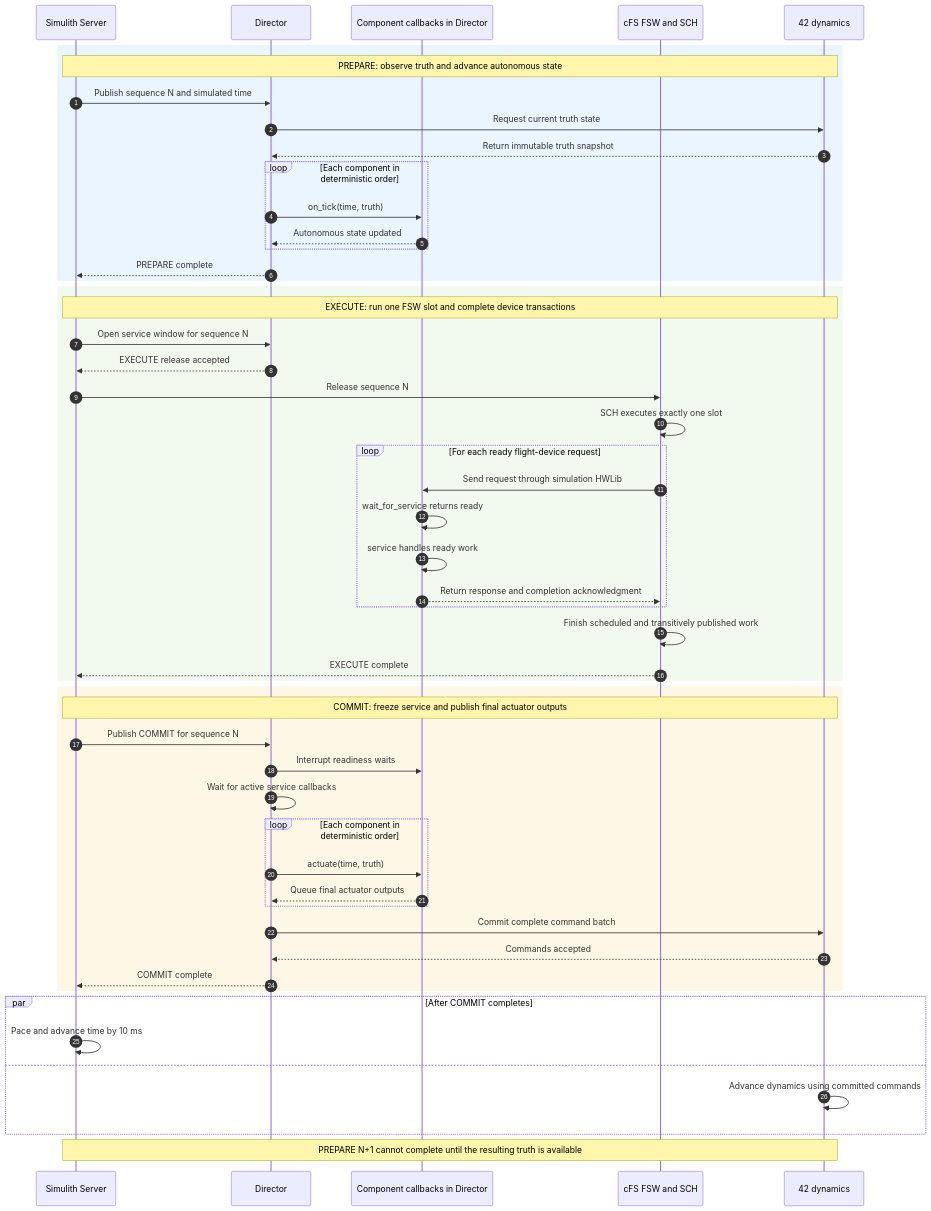
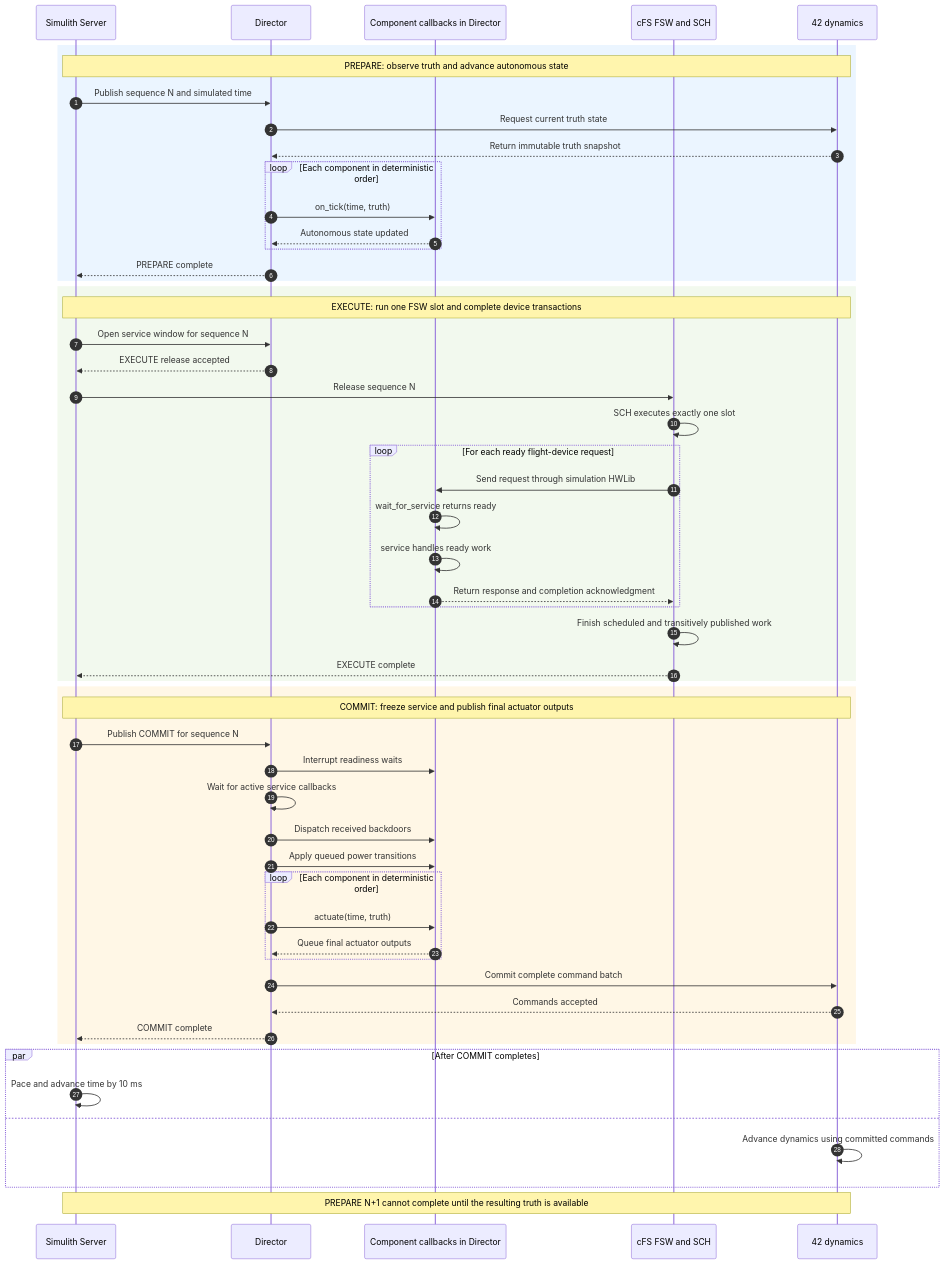
One commit to VoyagerTechnologies-Public/shire changed the second of 2 diagrams in atlas/docs/manual/core-concepts/simulations.md. Above: the diagram before and after it, drawn with Mermaid. The commit also changed other lines of this file and 515 other files, not shown here.

````diff
--- a/atlas/docs/manual/core-concepts/simulations.md
+++ b/atlas/docs/manual/core-concepts/simulations.md
@@ -95,58 +136,60 @@
 ```mermaid
 sequenceDiagram
     autonumber
     participant Server as Simulith Server
     participant Director
     participant Component as Component callbacks in Director
     participant FSW as cFS FSW and SCH
     participant FortyTwo as 42 dynamics
 
     rect rgb(235, 245, 255)
         Note over Server,FortyTwo: PREPARE: observe truth and advance autonomous state
         Server->>Director: Publish sequence N and simulated time
         Director->>FortyTwo: Request current truth state
         FortyTwo-->>Director: Return immutable truth snapshot
         loop Each component in deterministic order
             Director->>Component: on_tick(time, truth)
             Component-->>Director: Autonomous state updated
         end
         Director-->>Server: PREPARE complete
     end
 
     rect rgb(242, 249, 238)
         Note over Server,FortyTwo: EXECUTE: run one FSW slot and complete device transactions
         Server->>Director: Open service window for sequence N
         Director-->>Server: EXECUTE release accepted
         Server->>FSW: Release sequence N
         FSW->>FSW: SCH executes exactly one slot
         loop For each ready flight-device request
             FSW->>Component: Send request through simulation HWLib
             Component->>Component: wait_for_service returns ready
             Component->>Component: service handles ready work
             Component-->>FSW: Return response and completion acknowledgment
         end
         FSW->>FSW: Finish scheduled and transitively published work
         FSW-->>Server: EXECUTE complete
     end
 
     rect rgb(255, 247, 230)
         Note over Server,FortyTwo: COMMIT: freeze service and publish final actuator outputs
         Server->>Director: Publish COMMIT for sequence N
         Director->>Component: Interrupt readiness waits
         Director->>Director: Wait for active service callbacks
+        Director->>Component: Dispatch received backdoors
+        Director->>Component: Apply queued power transitions
         loop Each component in deterministic order
             Director->>Component: actuate(time, truth)
             Component-->>Director: Queue final actuator outputs
         end
         Director->>FortyTwo: Commit complete command batch
         FortyTwo-->>Director: Commands accepted
         Director-->>Server: COMMIT complete
     end
 
     par After COMMIT completes
         Server->>Server: Pace and advance time by 10 ms
     and
         FortyTwo->>FortyTwo: Advance dynamics using committed commands
     end
     Note over Server,FortyTwo: PREPARE N+1 cannot complete until the resulting truth is available
 ```
````
